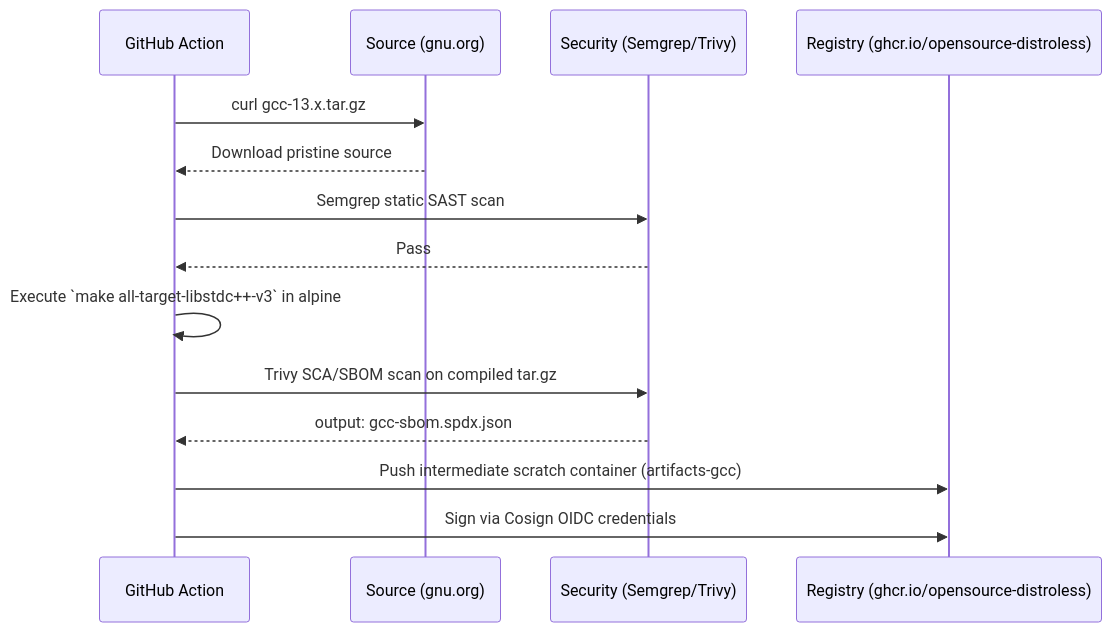
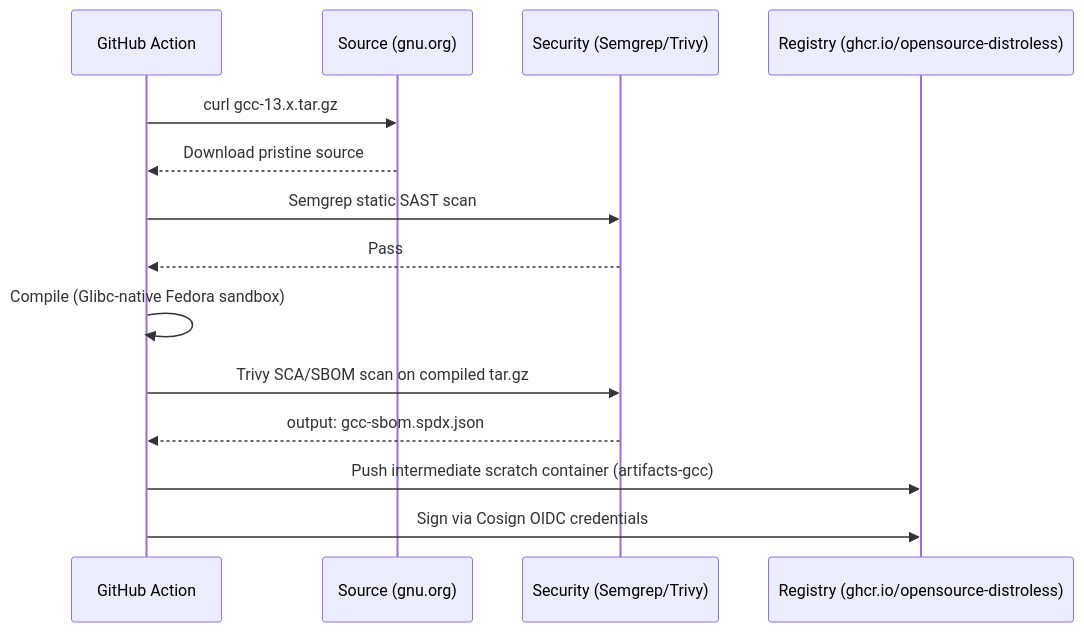
The diagram in docs/mermaid/build-gcc.mmd (mbuccarello/distroless-the-hard-way), drawn with Mermaid before and after one commit. The commit also changed 22 other files, not shown here.

```diff
--- a/docs/mermaid/build-gcc.mmd
+++ b/docs/mermaid/build-gcc.mmd
@@ -1,18 +1,18 @@
 sequenceDiagram
     participant GH as GitHub Action
     participant S as Source (gnu.org)
     participant Sec as Security (Semgrep/Trivy)
     participant R as Registry (ghcr.io/opensource-distroless)
     
     GH->>S: curl gcc-13.x.tar.gz
     S-->>GH: Download pristine source
     GH->>Sec: Semgrep static SAST scan
     Sec-->>GH: Pass
     
-    GH->>GH: Execute `make all-target-libstdc++-v3` in alpine
+    GH->>GH: Compile (Glibc-native Fedora sandbox)
     
     GH->>Sec: Trivy SCA/SBOM scan on compiled tar.gz
     Sec-->>GH: output: gcc-sbom.spdx.json
     
     GH->>R: Push intermediate scratch container (artifacts-gcc)
     GH->>R: Sign via Cosign OIDC credentials
```
